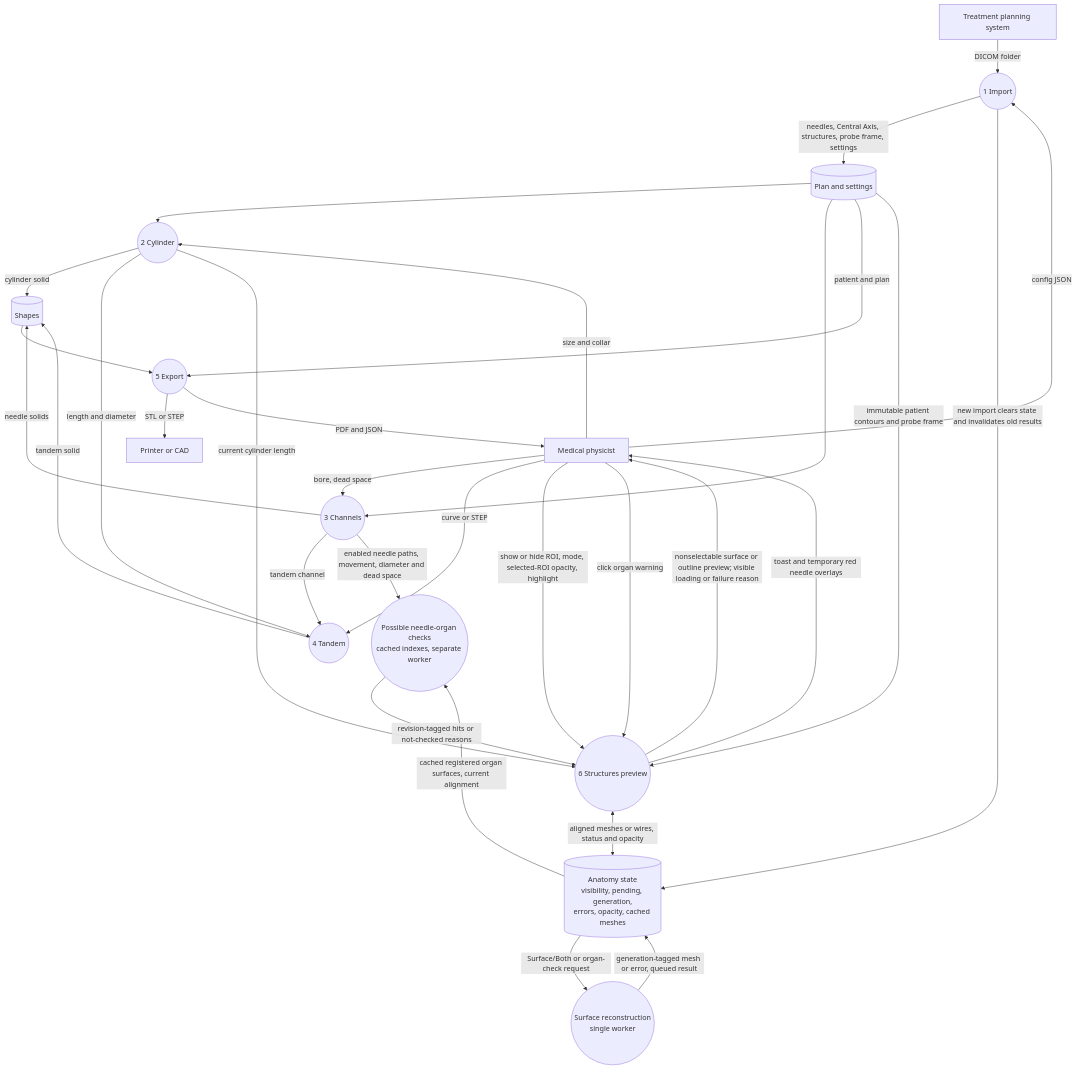
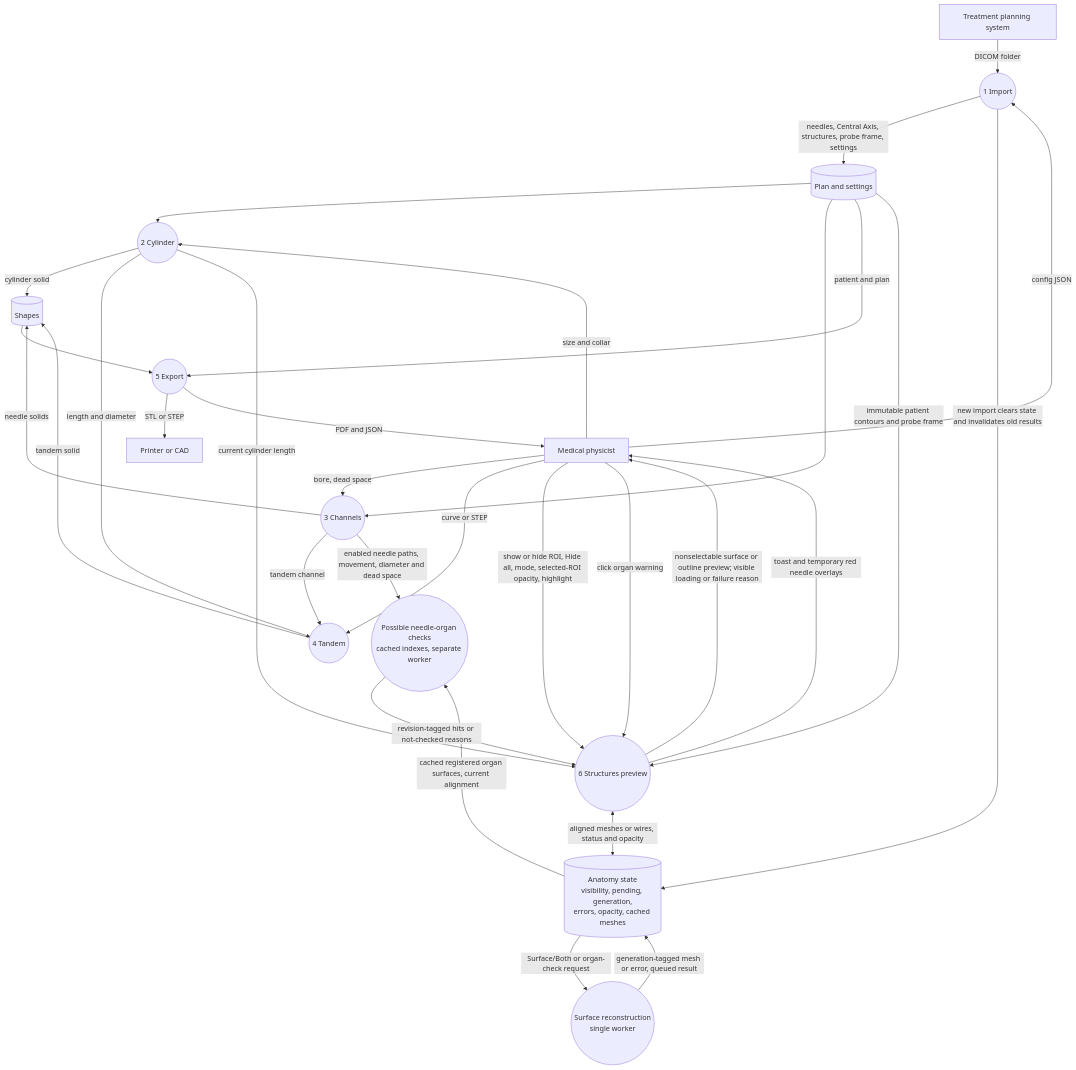
The diagram in docs/architecture/diagrams/existing-framework/dfd-1.mmd (COSC-499-W2026/capstone-project-team-10), drawn with Mermaid before and after one commit. The commit also changed 8 other files, not shown here.

First line of the commit message:
docs: name Hide all on the DFD and UML

```diff
--- a/docs/architecture/diagrams/existing-framework/dfd-1.mmd
+++ b/docs/architecture/diagrams/existing-framework/dfd-1.mmd
@@ -1,51 +1,51 @@
 %% title: DFD level 1
 %% alt: DFD level 1, six tabs with separate display-only anatomy and background surface state
 flowchart TB
   tps["Treatment planning system"]
   physicist["Medical physicist"]
   printer["Printer or CAD"]
 
   p1(("1 Import"))
   p2(("2 Cylinder"))
   p3(("3 Channels"))
   p4(("4 Tandem"))
   p5(("5 Export"))
   d1[("Plan and settings")]
   d2[("Shapes")]
 
   tps -->|"DICOM folder"| p1
   physicist -->|"config JSON"| p1
   p1 -->|"needles, Central Axis, structures, probe frame, settings"| d1
   physicist -->|"size and collar"| p2
   d1 --> p2
   p2 -->|"cylinder solid"| d2
   physicist -->|"bore, dead space"| p3
   d1 --> p3
   p3 -->|"needle solids"| d2
   physicist -->|"curve or STEP"| p4
   p3 -->|"tandem channel"| p4
   p2 -->|"length and diameter"| p4
   p4 -->|"tandem solid"| d2
   d2 --> p5
   d1 -->|"patient and plan"| p5
   p5 -->|"STL or STEP"| printer
   p5 -->|"PDF and JSON"| physicist
 
   p6(("6 Structures preview"))
   worker(("Surface reconstruction<br/>single worker"))
   anatomy[("Anatomy state<br/>visibility, pending, generation,<br/>errors, opacity, cached meshes")]
   d1 -->|"immutable patient contours and probe frame"| p6
-  physicist -->|"show or hide ROI, mode, selected-ROI opacity, highlight"| p6
+  physicist -->|"show or hide ROI, Hide all, mode, selected-ROI opacity, highlight"| p6
   p2 -->|"current cylinder length"| p6
   p6 <-->|"aligned meshes or wires, status and opacity"| anatomy
   p6 -->|"nonselectable surface or outline preview; visible loading or failure reason"| physicist
   p1 -->|"new import clears state and invalidates old results"| anatomy
   anatomy -->|"Surface/Both or organ-check request"| worker
   worker -->|"generation-tagged mesh or error, queued result"| anatomy
 
   checks(("Possible needle-organ checks<br/>cached indexes, separate worker"))
   p3 -->|"enabled needle paths, movement, diameter and dead space"| checks
   anatomy -->|"cached registered organ surfaces, current alignment"| checks
   checks -->|"revision-tagged hits or not-checked reasons"| p6
   physicist -->|"click organ warning"| p6
   p6 -->|"toast and temporary red needle overlays"| physicist
```
